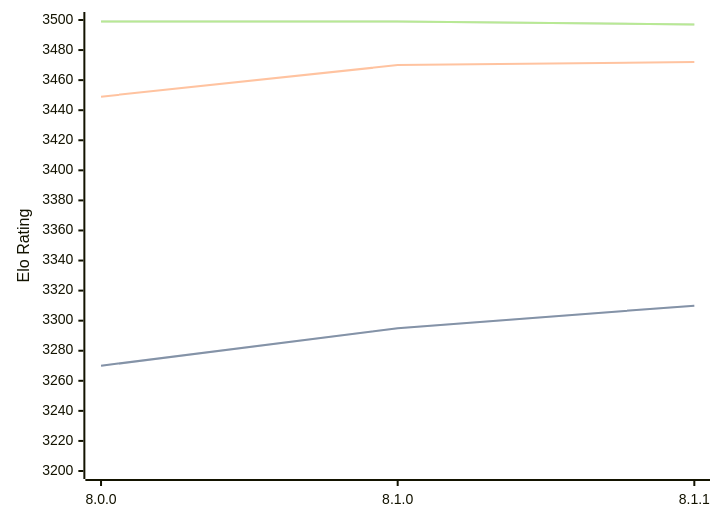
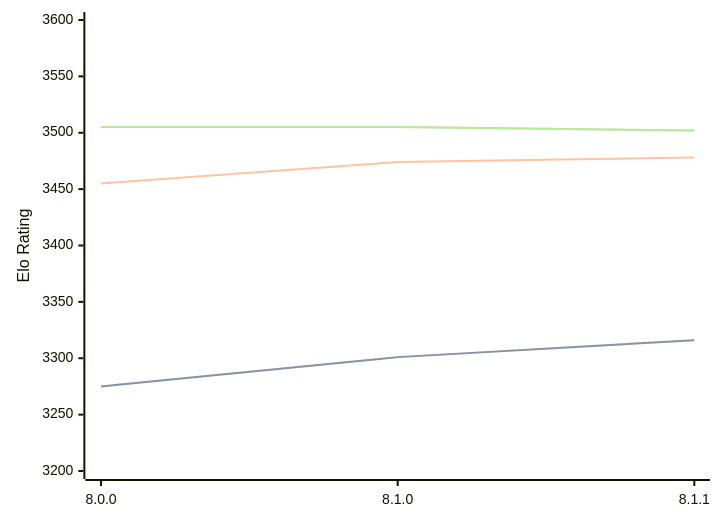
One commit to computer-chess-index/cci changed the diagram in engines/Velvet.md. Above: the diagram before and after it, drawn with Mermaid. The commit also changed other lines of this file, not shown here.

Commit message:
Update CCI Ratings (ELO VLTC) - 2026-04-14

````diff
--- a/engines/Velvet.md
+++ b/engines/Velvet.md
@@ -57,11 +57,11 @@
 ```mermaid
 %%{init: {"theme":"base","themeVariables":{"seriesColors:['#a3a3a3','#222221','#faa371']}}}%%
 xychart-beta
   x-axis ["8.0.0", "8.1.0", "8.1.1"]
-  y-axis "Elo Rating" 3200 --> 3500
-  line "STC (8.0+0.08s)" [3270, 3295, 3310]
-  line "STC (8.0+0.08s)" [3270, 3295, 3310]
-  line "LTC (60.0+0.60s)" [3449, 3470, 3472]
-  line "VLTC (2m24s+1.12s)" [3499, 3499, 3497]
-  line "VLTC (2m24s+1.12s)" [3499, 3499, 3497]
+  y-axis "Elo Rating" 3200 --> 3600
+  line "STC (8.0+0.08s)" [3275, 3301, 3316]
+  line "STC (8.0+0.08s)" [3275, 3301, 3316]
+  line "LTC (60.0+0.60s)" [3455, 3474, 3478]
+  line "VLTC (2m24s+1.12s)" [3505, 3505, 3502]
+  line "VLTC (2m24s+1.12s)" [3505, 3505, 3502]
 ```
````
